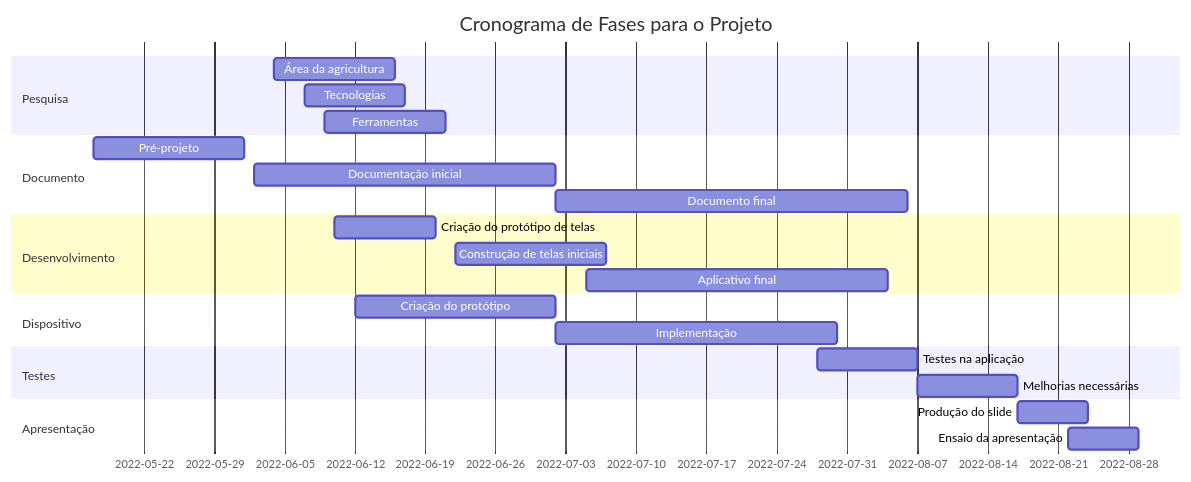
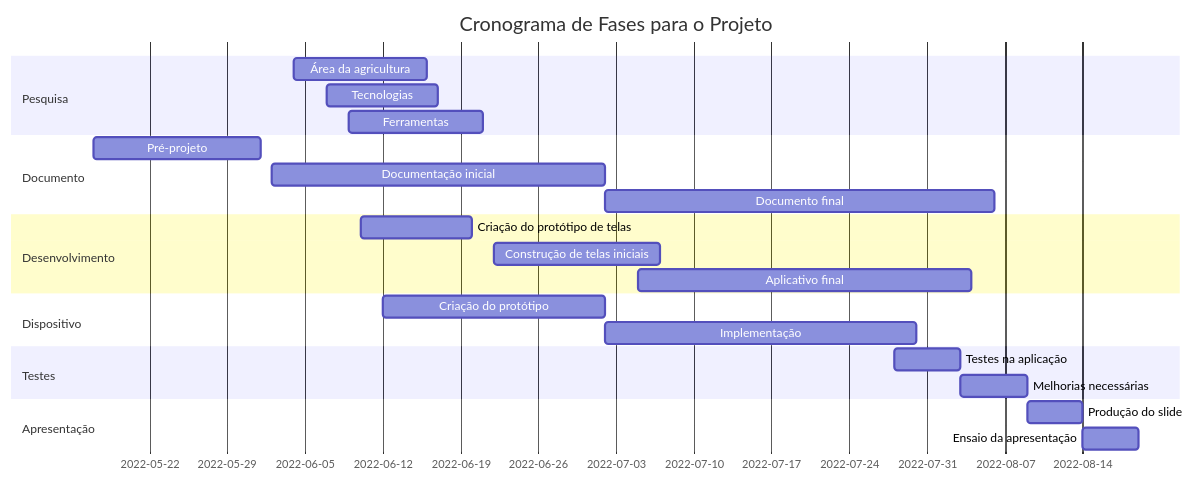
Before and after one commit to fernandaTavaresg/ProjetoIntegrador: the diagram in README.md, drawn with Mermaid. The commit also changed other lines of this file, not shown here.

````diff
--- a/README.md
+++ b/README.md
@@ -18,26 +18,26 @@
 ```mermaid
     gantt
     title Cronograma de Fases para o Projeto
     dateFormat  YYYY-MM-DD
     section Pesquisa
     Área da agricultura     :a1, 2022-06-04, 12d
     Tecnologias             :a2,2022-06-07, 10d
     Ferramentas             :a3,2022-06-09, 12d
     section Documento
     Pré-projeto             :a1, 2022-05-17, 15d
     Documentação inicial    :a2,2022-06-02 , 30d
     Documento final         :a3,2022-07-02, 35d
     section Desenvolvimento
     Criação do protótipo de telas   :c2,2022-06-10, 10d
     Construção de telas iniciais    :c3,2022-06-22, 15d
     Aplicativo final                :c4,2022-07-05, 30d
      section Dispositivo
     Criação do protótipo            :c2,2022-06-12  , 20d
     Implementação                   :c3,2022-07-02  , 28d
        section Testes
-    Testes na aplicação             :c2, 2022-07-28, 10d
-    Melhorias necessárias           :c3,2022-08-07, 10d
+    Testes na aplicação             :c2, 2022-07-28, 6d
+    Melhorias necessárias           :c3,2022-08-03, 6d
     section Apresentação
-    Produção do slide               :p1, 2022-08-17, 7d
-    Ensaio da apresentação          :p2, 2022-08-22, 7d   
+    Produção do slide               :p1, 2022-08-09, 5d
+    Ensaio da apresentação          :p2, 2022-08-14, 5d   
 ``` 
````
